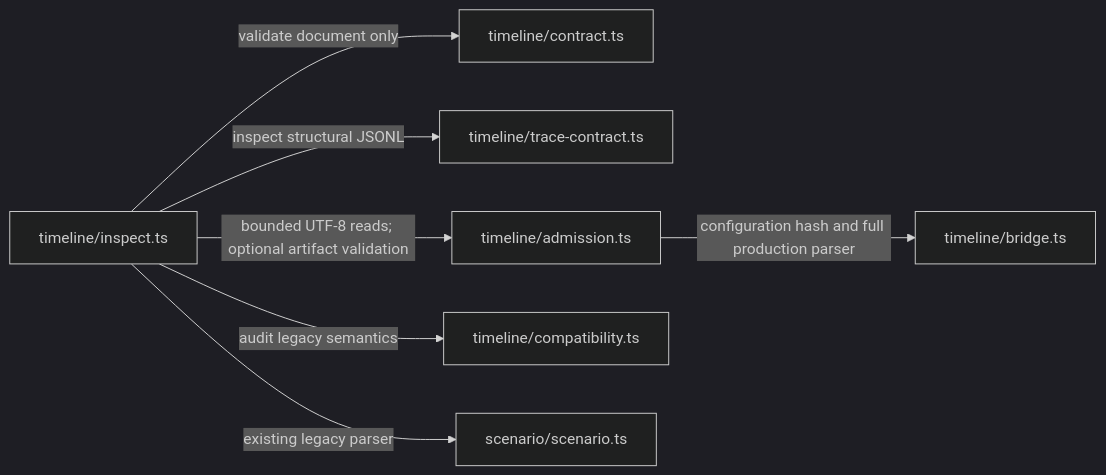
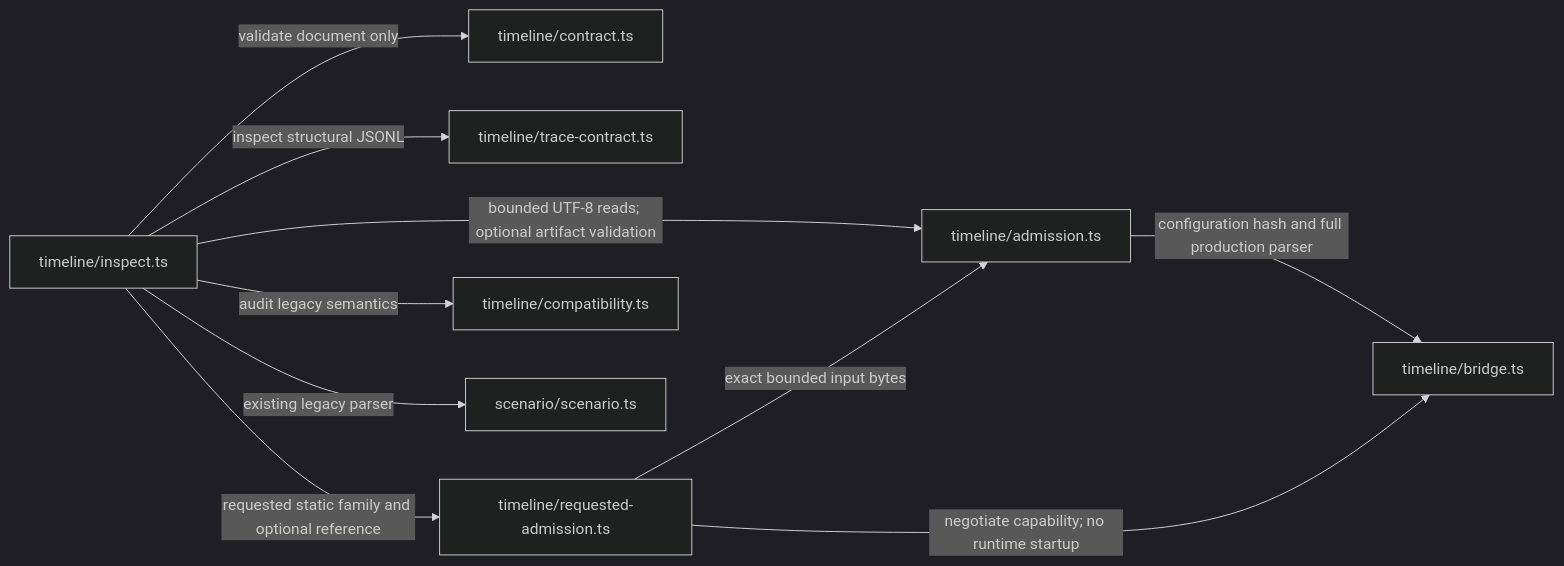
Before and after one commit to sproates/zooglass: diagram 17 of 48 in workbench/docs/source-map.md, drawn with Mermaid (dark theme). The commit also changed 21 other files, not shown here.

Commit message:
Add requested admission for bounded static memory views

````diff
--- a/workbench/docs/source-map.md
+++ b/workbench/docs/source-map.md
@@ -662,9 +662,12 @@
 ```mermaid
 flowchart LR
   inspect["timeline/inspect.ts"] -->|validate document only| contract["timeline/contract.ts"]
   inspect -->|inspect structural JSONL| trace["timeline/trace-contract.ts"]
   inspect -->|bounded UTF-8 reads; optional artifact validation| admission["timeline/admission.ts"]
   admission -->|configuration hash and full production parser| bridge["timeline/bridge.ts"]
+  inspect -->|requested static family and optional reference| requested["timeline/requested-admission.ts"]
+  requested -->|negotiate capability; no runtime startup| bridge
+  requested -->|exact bounded input bytes| admission
   inspect -->|audit legacy semantics| compatibility["timeline/compatibility.ts"]
   inspect -->|existing legacy parser| scenario["scenario/scenario.ts"]
 ```
````
